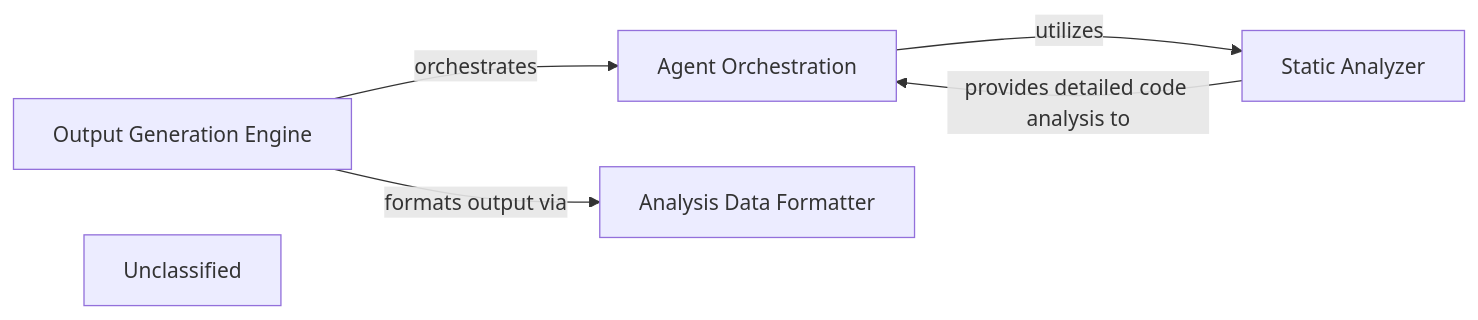
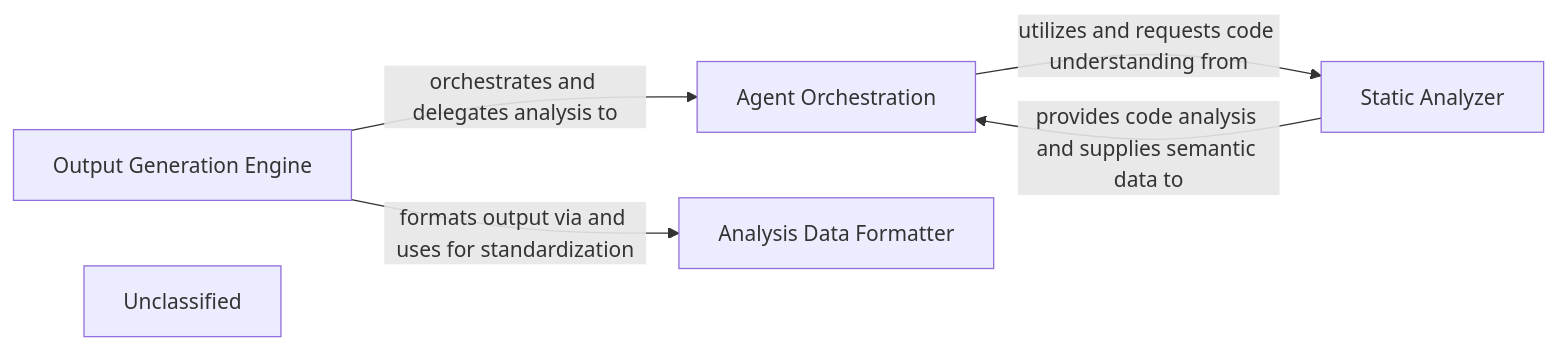
Before and after one commit to CodeBoarding/CodeBoarding: the diagram in .codeboarding/Diagram_Analysis_Renderer.md, drawn with Mermaid. The commit also changed other lines of this file and 15 other files, not shown here.

First line of the commit message:
docs: update codeboarding documentation and generate architecture

````diff
--- a/.codeboarding/Diagram_Analysis_Renderer.md
+++ b/.codeboarding/Diagram_Analysis_Renderer.md
@@ -1,13 +1,13 @@
 ```mermaid
 graph LR
     Output_Generation_Engine["Output Generation Engine"]
     Agent_Orchestration["Agent Orchestration"]
     Static_Analyzer["Static Analyzer"]
     Analysis_Data_Formatter["Analysis Data Formatter"]
     Unclassified["Unclassified"]
-    Output_Generation_Engine -- "orchestrates" --> Agent_Orchestration
-    Output_Generation_Engine -- "formats output via" --> Analysis_Data_Formatter
-    Agent_Orchestration -- "utilizes" --> Static_Analyzer
-    Static_Analyzer -- "provides detailed code analysis to" --> Agent_Orchestration
+    Output_Generation_Engine -- "orchestrates and delegates analysis to" --> Agent_Orchestration
+    Agent_Orchestration -- "utilizes and requests code understanding from" --> Static_Analyzer
+    Static_Analyzer -- "provides code analysis and supplies semantic data to" --> Agent_Orchestration
+    Output_Generation_Engine -- "formats output via and uses for standardization" --> Analysis_Data_Formatter
     click Output_Generation_Engine href "https://github.com/CodeBoarding/CodeBoarding/blob/main/.codeboarding/Output_Generation_Engine.md" "Details"
 ```
````
